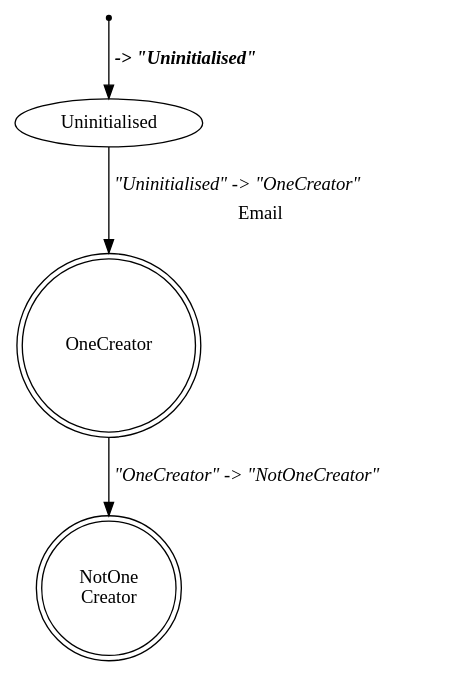
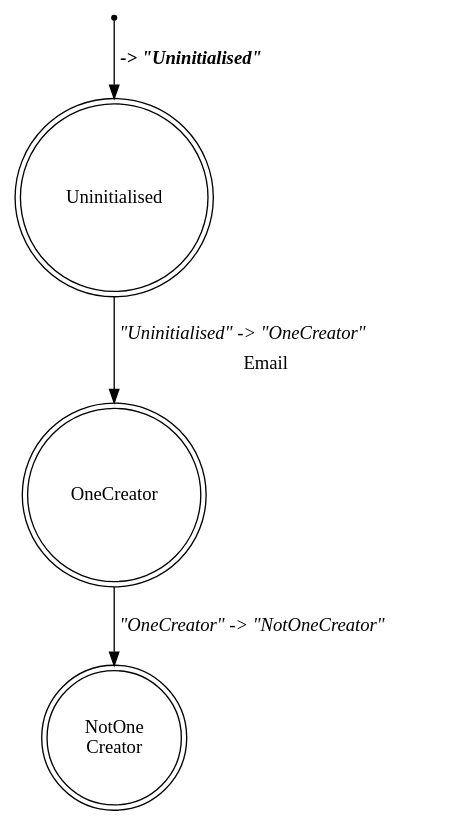
Before and after one commit to kieranjwhite/calendar_mirror: the diagram in docs/ev_stm.dot, drawn with Graphviz. The commit also changed 9 other files, not shown here.

```diff
--- a/docs/ev_stm.dot
+++ b/docs/ev_stm.dot
@@ -1,9 +1,9 @@
 digraph ev_stm {
     NotOneCreator[label="NotOne\nCreator"][shape="doublecircle"];
     OneCreator[label="OneCreator"][shape="doublecircle"];
-    Uninitialised[label="Uninitialised"][shape="ellipse"];
+    Uninitialised[label="Uninitialised"][shape="doublecircle"];
     _start[label="_start"][shape="point"];
     _start -> Uninitialised[label=<<TABLE BORDER="0"><TR><TD><B><I> -&gt; "Uninitialised"</I></B></TD></TR></TABLE>>];
     Uninitialised -> OneCreator[label=<<TABLE BORDER="0"><TR><TD><I>"Uninitialised" -&gt; "OneCreator"</I></TD></TR><TR><TD>Email</TD></TR></TABLE>>];
     OneCreator -> NotOneCreator[label=<<TABLE BORDER="0"><TR><TD><I>"OneCreator" -&gt; "NotOneCreator"</I></TD></TR></TABLE>>];
 }
```
